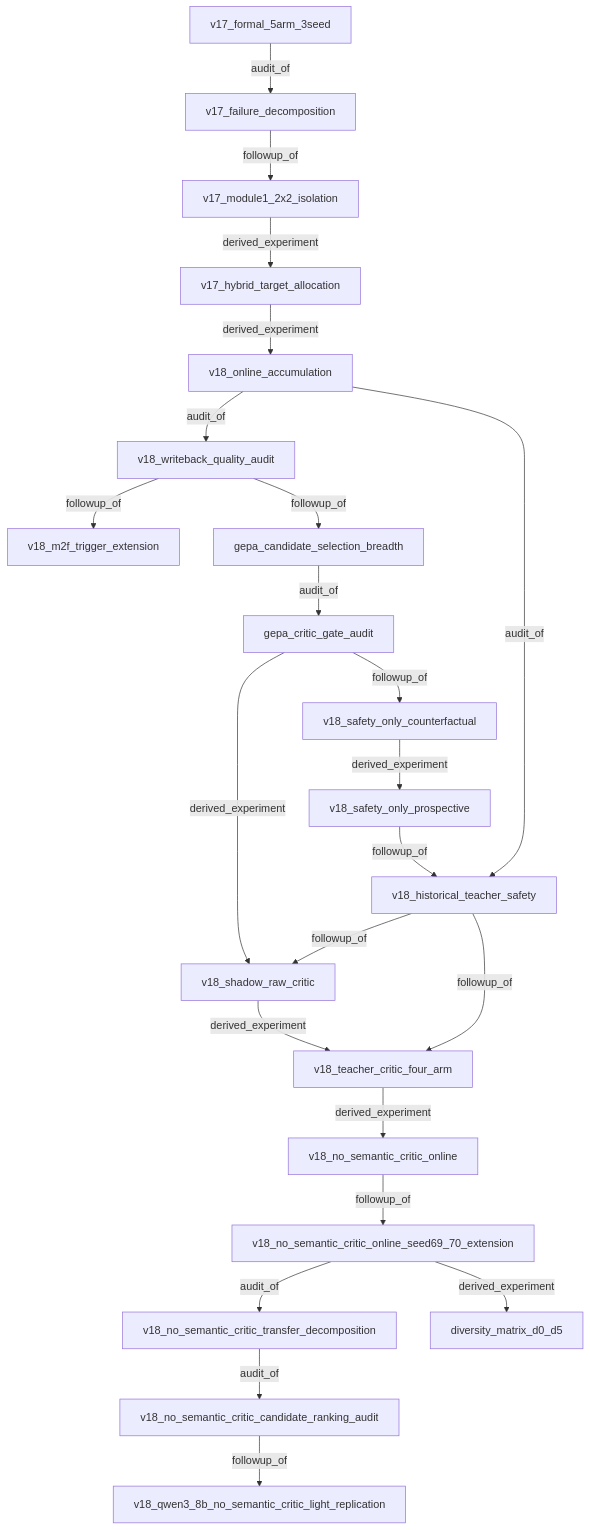
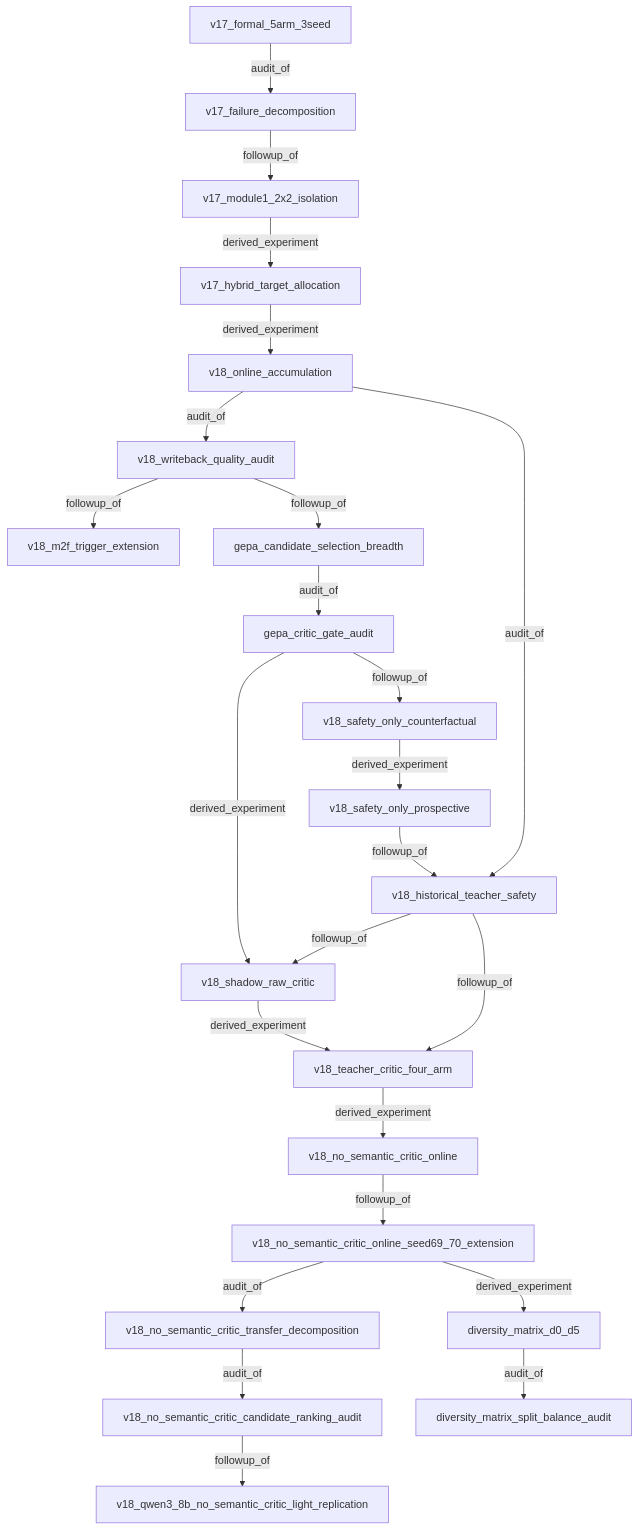
One commit to mmmmyyyxx/multi_agent_diversity changed the diagram in docs/experiments/LINEAGE.md. Above: the diagram before and after it, drawn with Mermaid. The commit also changed other lines of this file and 18 other files, not shown here.

Commit message:
Audit D0-D5 split balance

````diff
--- a/docs/experiments/LINEAGE.md
+++ b/docs/experiments/LINEAGE.md
@@ -5,25 +5,26 @@
 ```mermaid
 graph TD
   v17_formal_5arm_3seed["v17_formal_5arm_3seed"] -->|audit_of| v17_failure_decomposition["v17_failure_decomposition"]
   v17_failure_decomposition["v17_failure_decomposition"] -->|followup_of| v17_module1_2x2_isolation["v17_module1_2x2_isolation"]
   v17_module1_2x2_isolation["v17_module1_2x2_isolation"] -->|derived_experiment| v17_hybrid_target_allocation["v17_hybrid_target_allocation"]
   v17_hybrid_target_allocation["v17_hybrid_target_allocation"] -->|derived_experiment| v18_online_accumulation["v18_online_accumulation"]
   v18_online_accumulation["v18_online_accumulation"] -->|audit_of| v18_writeback_quality_audit["v18_writeback_quality_audit"]
   v18_writeback_quality_audit["v18_writeback_quality_audit"] -->|followup_of| v18_m2f_trigger_extension["v18_m2f_trigger_extension"]
   v18_writeback_quality_audit["v18_writeback_quality_audit"] -->|followup_of| gepa_candidate_selection_breadth["gepa_candidate_selection_breadth"]
   gepa_candidate_selection_breadth["gepa_candidate_selection_breadth"] -->|audit_of| gepa_critic_gate_audit["gepa_critic_gate_audit"]
   gepa_critic_gate_audit["gepa_critic_gate_audit"] -->|followup_of| v18_safety_only_counterfactual["v18_safety_only_counterfactual"]
   v18_safety_only_counterfactual["v18_safety_only_counterfactual"] -->|derived_experiment| v18_safety_only_prospective["v18_safety_only_prospective"]
   v18_safety_only_prospective["v18_safety_only_prospective"] -->|followup_of| v18_historical_teacher_safety["v18_historical_teacher_safety"]
   v18_online_accumulation["v18_online_accumulation"] -->|audit_of| v18_historical_teacher_safety["v18_historical_teacher_safety"]
   gepa_critic_gate_audit["gepa_critic_gate_audit"] -->|derived_experiment| v18_shadow_raw_critic["v18_shadow_raw_critic"]
   v18_historical_teacher_safety["v18_historical_teacher_safety"] -->|followup_of| v18_shadow_raw_critic["v18_shadow_raw_critic"]
   v18_shadow_raw_critic["v18_shadow_raw_critic"] -->|derived_experiment| v18_teacher_critic_four_arm["v18_teacher_critic_four_arm"]
   v18_historical_teacher_safety["v18_historical_teacher_safety"] -->|followup_of| v18_teacher_critic_four_arm["v18_teacher_critic_four_arm"]
   v18_teacher_critic_four_arm["v18_teacher_critic_four_arm"] -->|derived_experiment| v18_no_semantic_critic_online["v18_no_semantic_critic_online"]
   v18_no_semantic_critic_online["v18_no_semantic_critic_online"] -->|followup_of| v18_no_semantic_critic_online_seed69_70_extension["v18_no_semantic_critic_online_seed69_70_extension"]
   v18_no_semantic_critic_online_seed69_70_extension["v18_no_semantic_critic_online_seed69_70_extension"] -->|audit_of| v18_no_semantic_critic_transfer_decomposition["v18_no_semantic_critic_transfer_decomposition"]
   v18_no_semantic_critic_transfer_decomposition["v18_no_semantic_critic_transfer_decomposition"] -->|audit_of| v18_no_semantic_critic_candidate_ranking_audit["v18_no_semantic_critic_candidate_ranking_audit"]
   v18_no_semantic_critic_candidate_ranking_audit["v18_no_semantic_critic_candidate_ranking_audit"] -->|followup_of| v18_qwen3_8b_no_semantic_critic_light_replication["v18_qwen3_8b_no_semantic_critic_light_replication"]
   v18_no_semantic_critic_online_seed69_70_extension["v18_no_semantic_critic_online_seed69_70_extension"] -->|derived_experiment| diversity_matrix_d0_d5["diversity_matrix_d0_d5"]
+  diversity_matrix_d0_d5["diversity_matrix_d0_d5"] -->|audit_of| diversity_matrix_split_balance_audit["diversity_matrix_split_balance_audit"]
 ```
````
